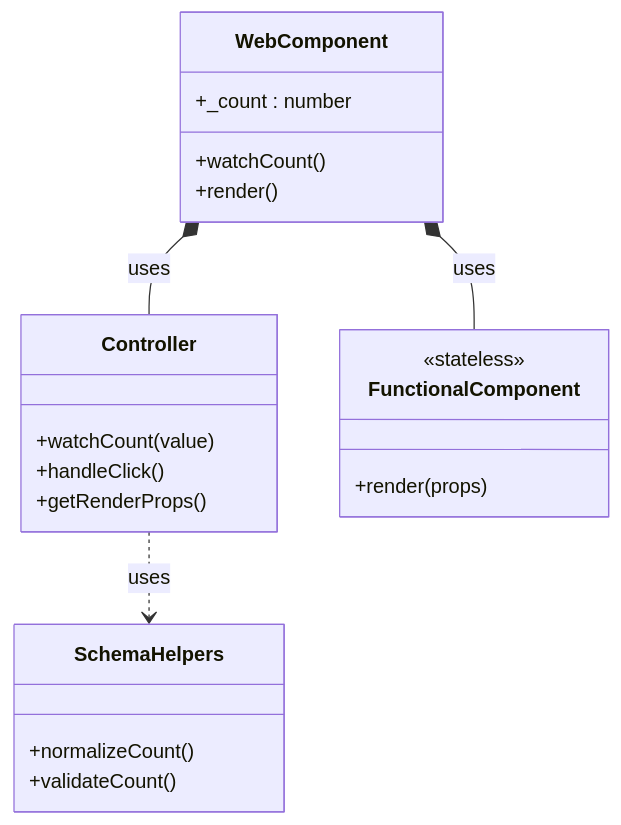
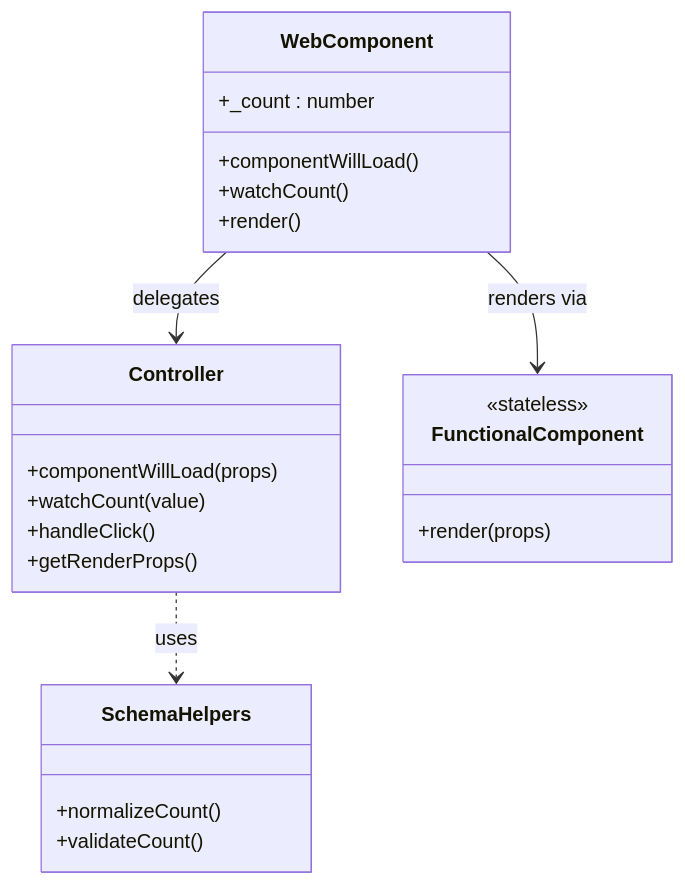
One commit to public-ui/kolibri changed the second of 3 diagrams in packages/components/src/components/_skeleton/ARC42.md. Above: the diagram before and after it, drawn with Mermaid. The commit also changed other lines of this file, not shown here.

Commit message:
docs: refine skeleton arc42 diagrams (#3248)

````diff
--- a/packages/components/src/components/_skeleton/ARC42.md
+++ b/packages/components/src/components/_skeleton/ARC42.md
@@ -98,24 +105,26 @@
 ```mermaid
 classDiagram
     class WebComponent {
         +_count : number
+        +componentWillLoad()
         +watchCount()
         +render()
     }
     class Controller {
+        +componentWillLoad(props)
         +watchCount(value)
         +handleClick()
         +getRenderProps()
     }
     class FunctionalComponent {
         <<stateless>>
         +render(props)
     }
     class SchemaHelpers {
         +normalizeCount()
         +validateCount()
     }
-    WebComponent *-- Controller : uses
-    WebComponent *-- FunctionalComponent : uses
+    WebComponent --> Controller : delegates
+    WebComponent --> FunctionalComponent : renders via
     Controller ..> SchemaHelpers : uses
 ```
````
